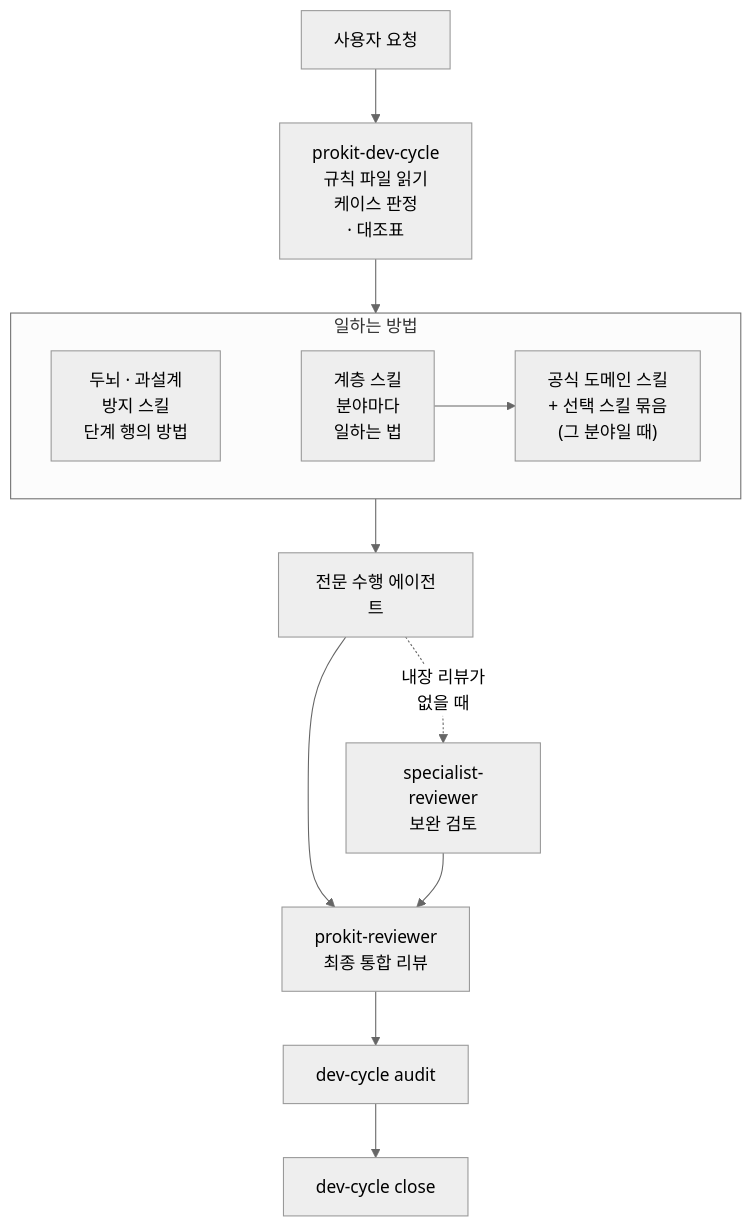
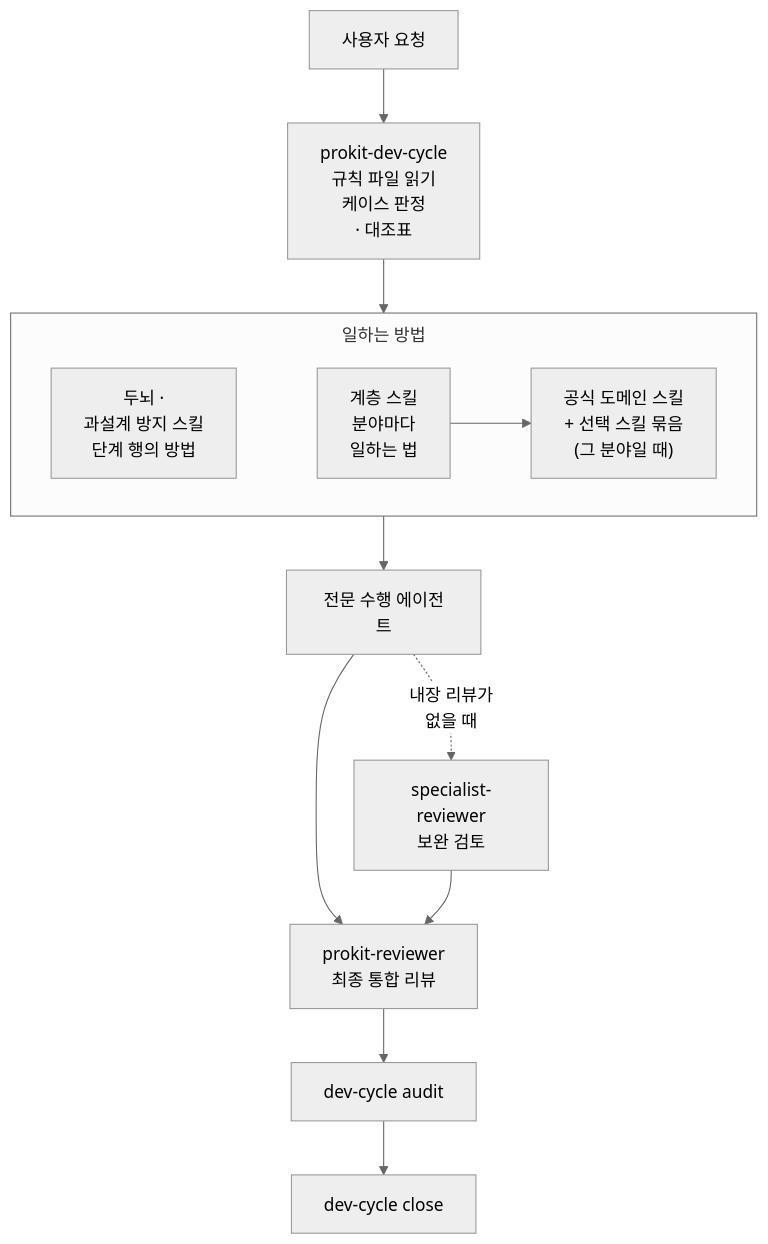
The diagram in handbook/concepts/harness.md (roadkwon-ai/pro-kit), drawn with Mermaid (neutral theme) before and after one commit. The commit also changed 8 other files, not shown here.

````diff
--- a/handbook/concepts/harness.md
+++ b/handbook/concepts/harness.md
@@ -48,22 +48,25 @@
 ```mermaid
 ---
 config:
   flowchart:
     wrappingWidth: 120
+    subGraphTitleMargin:
+      top: 8
+      bottom: 8
 ---
 flowchart TB
   accTitle: 하네스 구성
   accDescr: 사용자 요청은 dev-cycle 스킬이 케이스를 판정하며 시작하고, 규칙 파일은 시작할 때 읽혀요. 일하는 방법 스킬을 읽은 전문 수행 에이전트가 일하고, 점선은 내장 리뷰가 없을 때만 거치는 보완 검토예요. 최종 리뷰 뒤 audit과 close로 끝나요.
   REQ["사용자 요청"] --> DC["prokit-dev-cycle<br/>규칙 파일 읽기<br/>케이스 판정<br/>· 대조표"]
   DC --> G
   subgraph G["일하는 방법"]
-    PROC["두뇌 · 과설계<br/>방지 스킬<br/>단계 행의 방법"] ~~~ LAYER["계층 스킬<br/>분야마다<br/>일하는 법"]
+    PROC["두뇌 ·<br/>과설계 방지 스킬<br/>단계 행의 방법"] ~~~ LAYER["계층 스킬<br/>분야마다<br/>일하는 법"]
     LAYER --> OFF["공식 도메인 스킬<br/>+ 선택 스킬 묶음<br/>(그 분야일 때)"]
   end
   G --> IMP["전문 수행 에이전트"]
   IMP -.->|"내장 리뷰가<br/>없을 때"| SREV["specialist-reviewer<br/>보완 검토"]
   IMP --> REV["prokit-reviewer<br/>최종 통합 리뷰"]
   SREV --> REV
   REV --> AUD["dev-cycle audit"]
   AUD --> CLOSE["dev-cycle close"]
 ```
````
